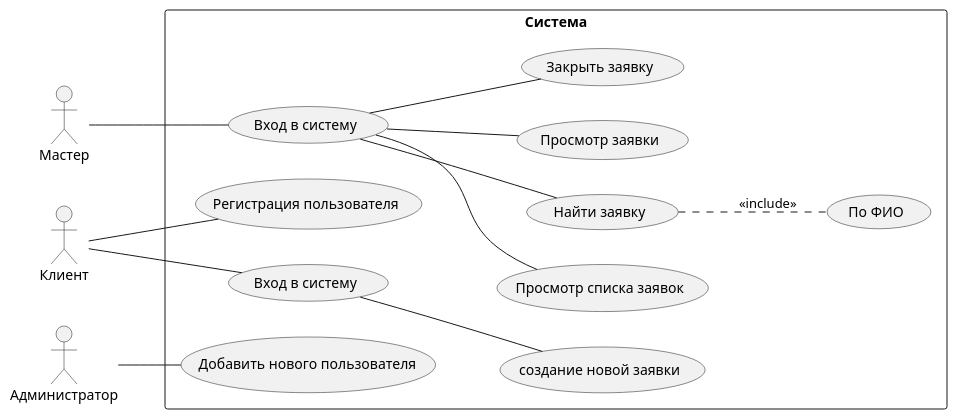
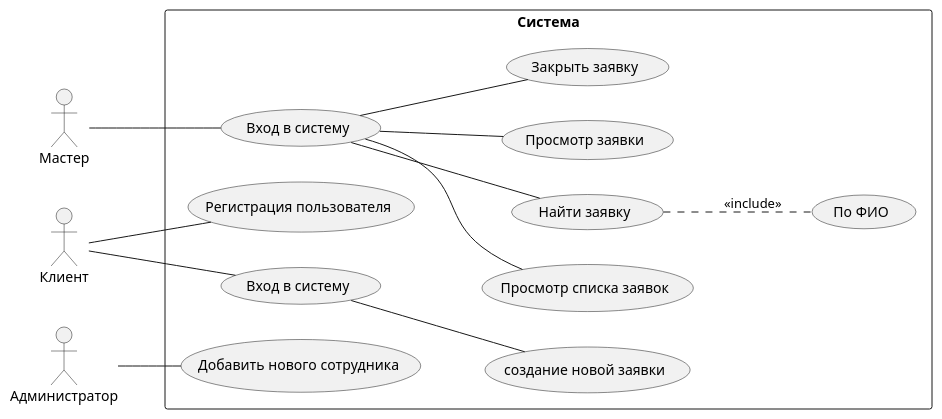
The diagram in docs/uml - diogram.puml (KostinNikita130481406/lab2GIT), drawn with PlantUML before and after one commit. The commit also changed 4 other files, not shown here.

```diff
--- a/docs/uml - diogram.puml
+++ b/docs/uml - diogram.puml
@@ -1,38 +1,38 @@
 @startuml
 left to right direction
 skinparam packageStyle rectangle
 actor "Мастер" as Master
 actor "Клиент" as Client
 actor "Администратор" as Admin
 
 package "Система" {
 
     usecase "Просмотр списка заявок" as UC_Viewing_list_application
     usecase "Найти заявку" as UC_Find_application
     usecase "Просмотр заявки" as UC_Viewing_application
     usecase "Закрыть заявку" as US_closing_application
     usecase "По ФИО" as US_Name
     usecase "Вход в систему" as input_System
 
 
     usecase "Регистрация пользователя" as US_Registr
     usecase "Вход в систему" as US_Enter_sistem
     usecase "создание новой заявки" as US_newzayavka
-    usecase "Добавить нового пользователя" as US_New_client
+    usecase "Добавить нового сотрудника" as US_New_client
 }
 input_System -- UC_Viewing_list_application
 input_System -- UC_Find_application
 input_System -- UC_Viewing_application
 input_System -- US_closing_application
 UC_Find_application .. US_Name:<<include>>
 Master -- input_System
 
 
 
 
 
 Client -- US_Registr
 Client -- US_Enter_sistem
 US_Enter_sistem -- US_newzayavka
 Admin -- US_New_client
 @end
```
